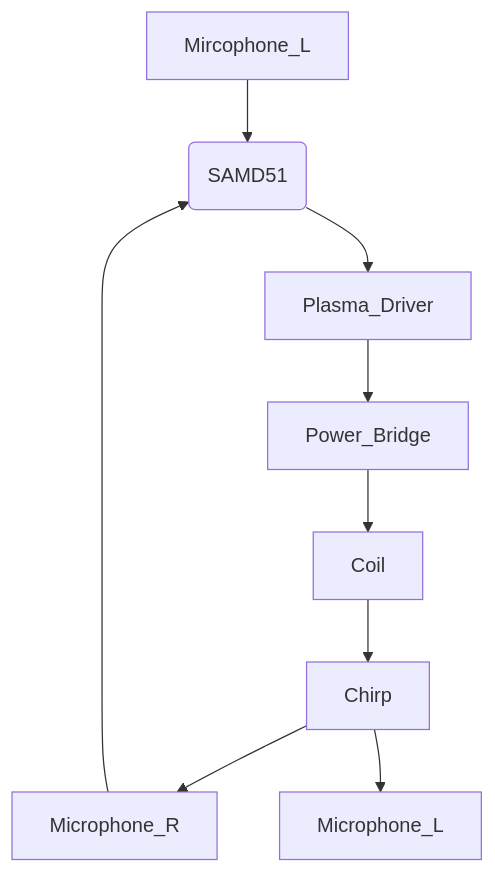
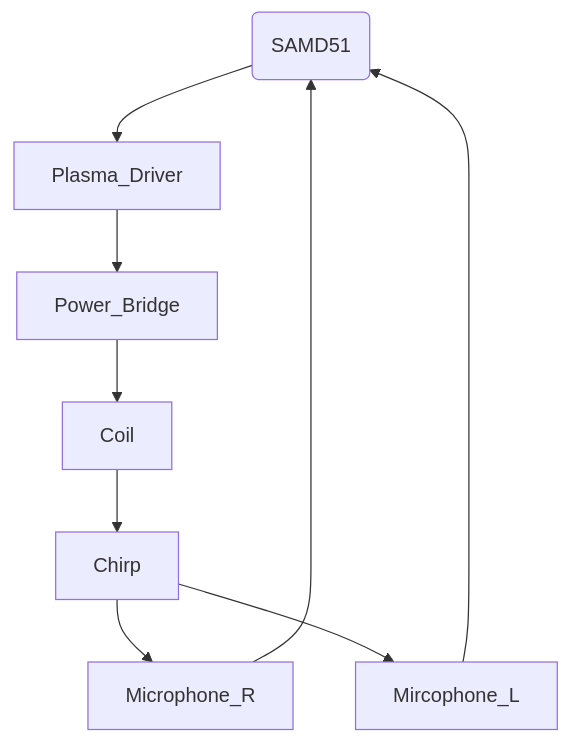
The diagram in M4/ML_M4_PlasmaDriver_NI/README.MD (foxcolinVT/batbot6), drawn with Mermaid before and after one commit.

````diff
--- a/M4/ML_M4_PlasmaDriver_NI/README.MD
+++ b/M4/ML_M4_PlasmaDriver_NI/README.MD
@@ -70,11 +70,11 @@
 ```mermaid
 graph TD;
     M4(SAMD51)-->Plasma_Driver;
     Microphone_R-->M4(SAMD51);
     Mircophone_L-->M4(SAMD51);
     Plasma_Driver-->Power_Bridge;
     Power_Bridge-->Coil;
     Coil-->Chirp;
     Chirp-->Microphone_R;
-    Chirp-->Microphone_L;
+    Chirp-->Mircophone_L;
 ```
````
